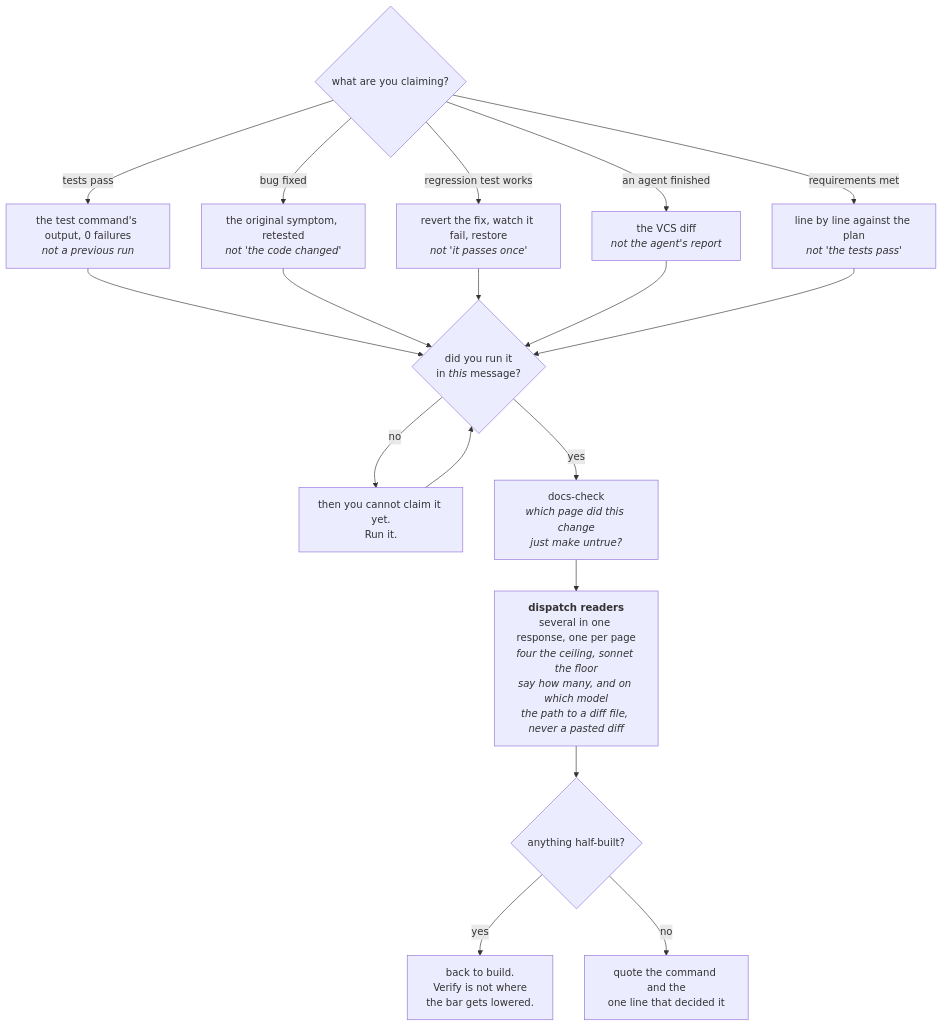
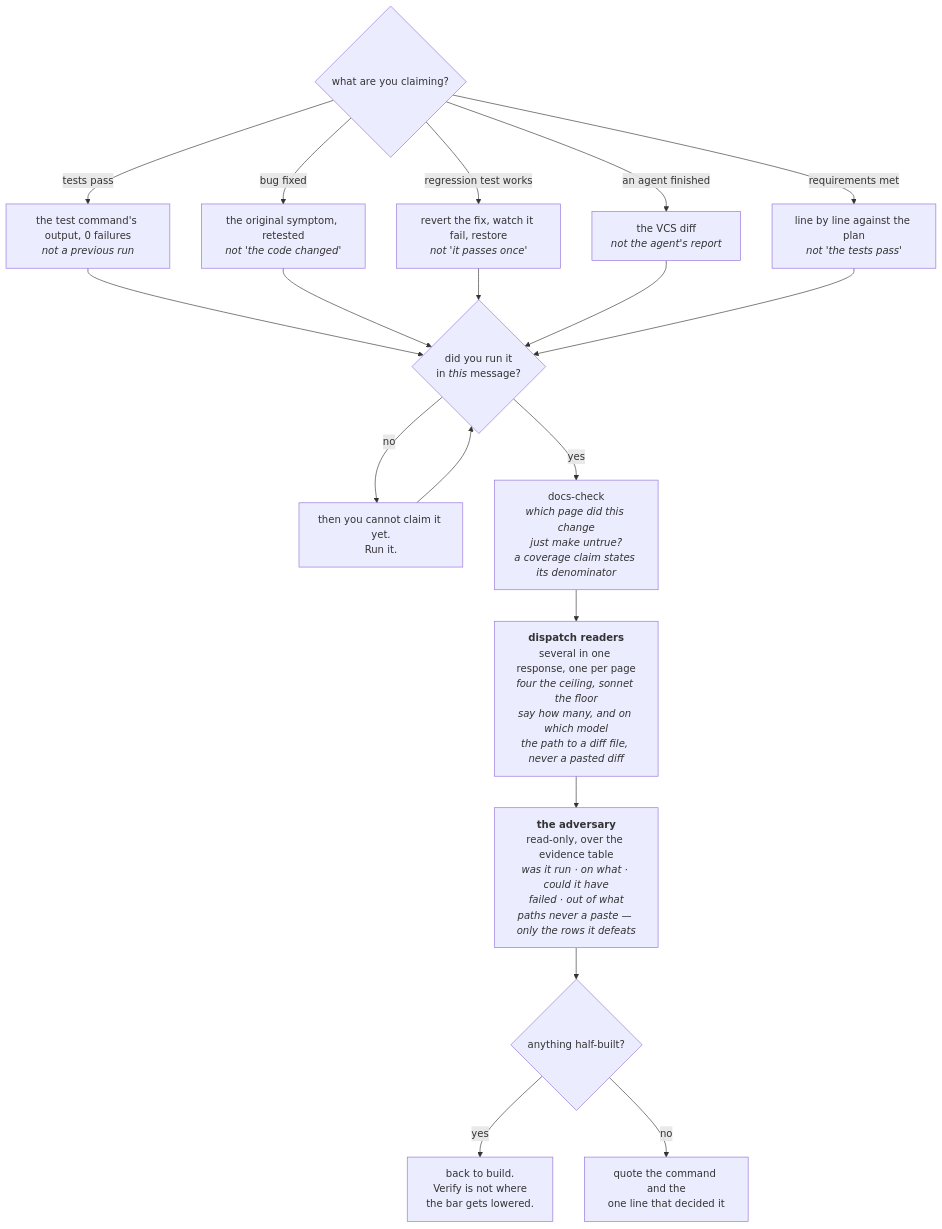
The sixth of 8 diagrams in docs/pipeline.md (FanFantom9452/FanKeel), drawn with Mermaid before and after one commit. The commit also changed other lines of this file, not shown here.

````diff
--- a/docs/pipeline.md
+++ b/docs/pipeline.md
@@ -500,34 +500,36 @@
 ```mermaid
 flowchart TD
     A{"what are you claiming?"}
     A1["the test command's output, 0 failures<br/><i>not a previous run</i>"]
     A2["the original symptom, retested<br/><i>not 'the code changed'</i>"]
     A3["revert the fix, watch it fail, restore<br/><i>not 'it passes once'</i>"]
     A4["the VCS diff<br/><i>not the agent's report</i>"]
     A5["line by line against the plan<br/><i>not 'the tests pass'</i>"]
     B{"did you run it<br/>in <i>this</i> message?"}
     C["then you cannot claim it yet.<br/>Run it."]
-    D["docs-check<br/><i>which page did this change<br/>just make untrue?</i>"]
+    D["docs-check<br/><i>which page did this change<br/>just make untrue?</i><br/><i>a coverage claim states its denominator</i>"]
     D1["<b>dispatch readers</b><br/>several in one response, one per page<br/><i>four the ceiling, sonnet the floor</i><br/><i>say how many, and on which model</i><br/><i>the path to a diff file, never a pasted diff</i>"]
+    D2["<b>the adversary</b><br/>read-only, over the evidence table<br/><i>was it run · on what · could it have<br/>failed · out of what</i><br/><i>paths never a paste — only the rows it defeats</i>"]
     E{"anything half-built?"}
     F["back to build.<br/>Verify is not where<br/>the bar gets lowered."]
     G["quote the command and the<br/>one line that decided it"]
 
     A -- "tests pass" --> A1
     A -- "bug fixed" --> A2
     A -- "regression test works" --> A3
     A -- "an agent finished" --> A4
     A -- "requirements met" --> A5
     A1 --> B
     A2 --> B
     A3 --> B
     A4 --> B
     A5 --> B
     B -- no --> C
     C --> B
     B -- yes --> D
     D --> D1
-    D1 --> E
+    D1 --> D2
+    D2 --> E
     E -- yes --> F
     E -- no --> G
 ```
````
